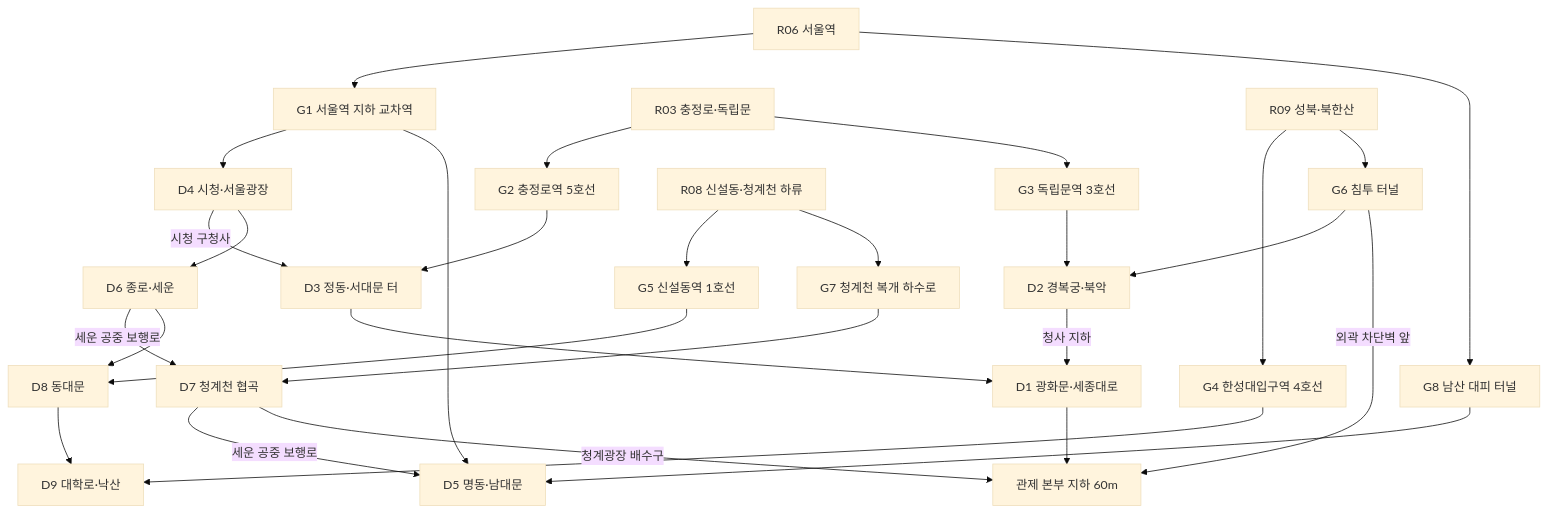
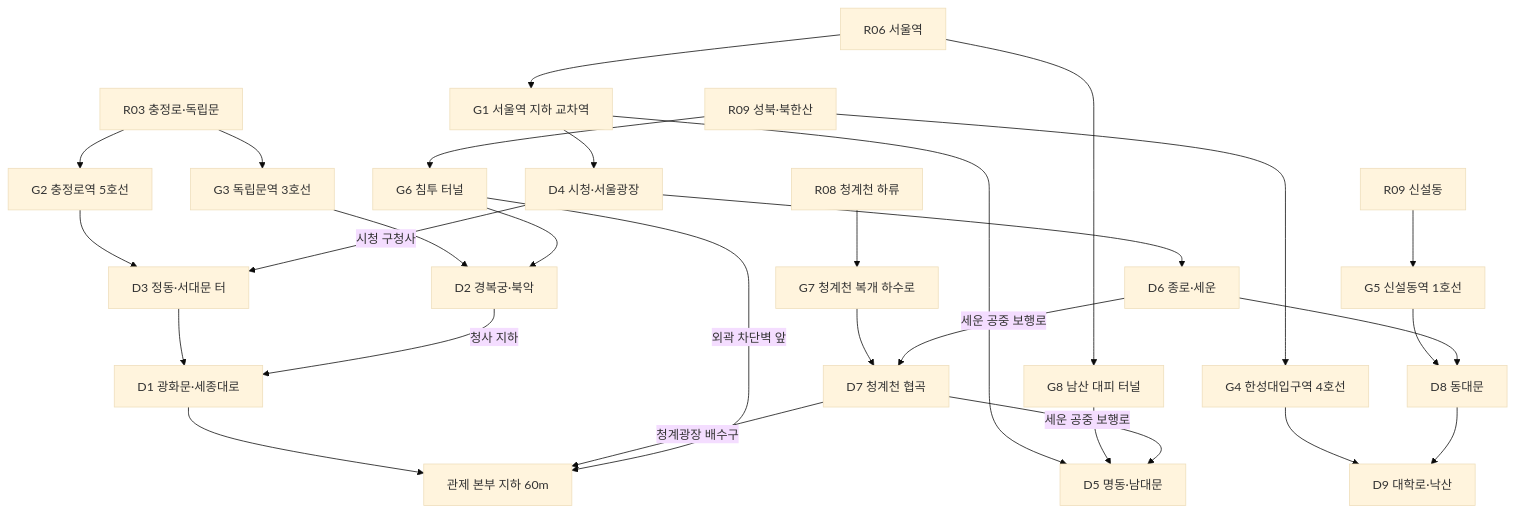
Before and after one commit to forsurvive/003: the first of 3 diagrams in docs/seoul-fallout/08_world-regions.md, drawn with Mermaid (base theme). The commit also changed other lines of this file and 18 other files, not shown here.

````diff
--- a/docs/seoul-fallout/08_world-regions.md
+++ b/docs/seoul-fallout/08_world-regions.md
@@ -1055,31 +1056,31 @@
 ```mermaid
 flowchart TD
   R06["R06 서울역"] --> G1["G1 서울역 지하 교차역"]
   G1 --> D4["D4 시청·서울광장"]
   G1 --> D5["D5 명동·남대문"]
   R03["R03 충정로·독립문"] --> G2["G2 충정로역 5호선"]
   R03 --> G3["G3 독립문역 3호선"]
   G2 --> D3["D3 정동·서대문 터"]
   G3 --> D2["D2 경복궁·북악"]
   R09["R09 성북·북한산"] --> G4["G4 한성대입구역 4호선"]
   G4 --> D9["D9 대학로·낙산"]
-  R08["R08 신설동·청계천 하류"] --> G5["G5 신설동역 1호선"]
+  R09b["R09 신설동"] --> G5["G5 신설동역 1호선"]
   G5 --> D8["D8 동대문"]
   R09 --> G6["G6 침투 터널"]
   G6 --> D2
-  R08 --> G7["G7 청계천 복개 하수로"]
+  R08["R08 청계천 하류"] --> G7["G7 청계천 복개 하수로"]
   G7 --> D7["D7 청계천 협곡"]
   R06 --> G8["G8 남산 대피 터널"]
   G8 --> D5
   D3 --> D1["D1 광화문·세종대로"]
   D2 -->|"청사 지하"| D1
   D4 -->|"시청 구청사"| D3
   D6["D6 종로·세운"] -->|"세운 공중 보행로"| D7
   D7 -->|"세운 공중 보행로"| D5
   D4 --> D6
   D6 --> D8
   D8 --> D9
   D1 --> HQ["관제 본부 지하 60m"]
   D7 -->|"청계광장 배수구"| HQ
   G6 -->|"외곽 차단벽 앞"| HQ
 ```
````
